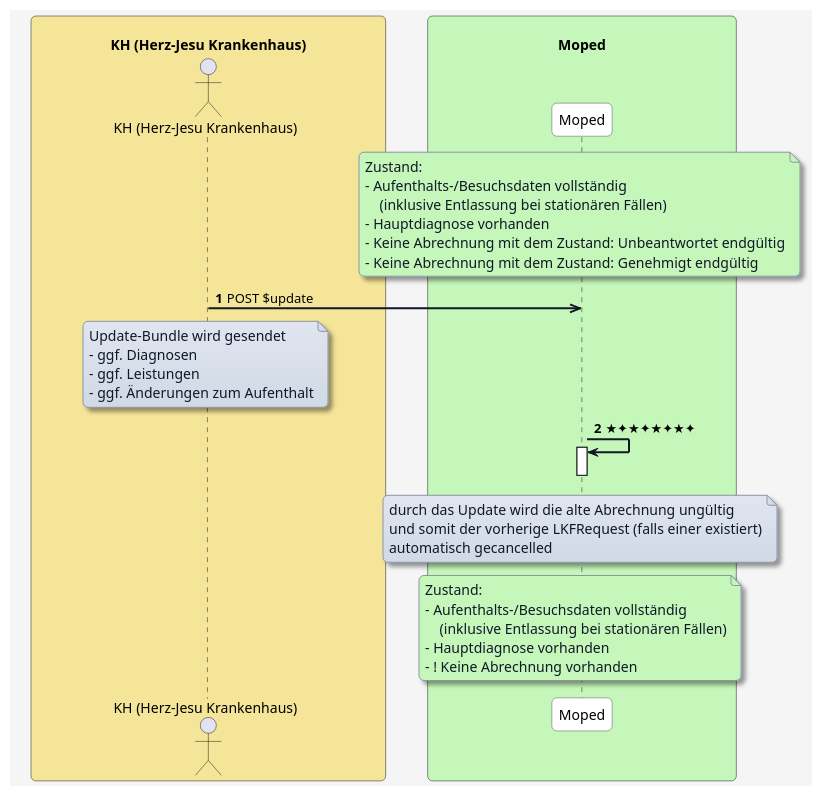
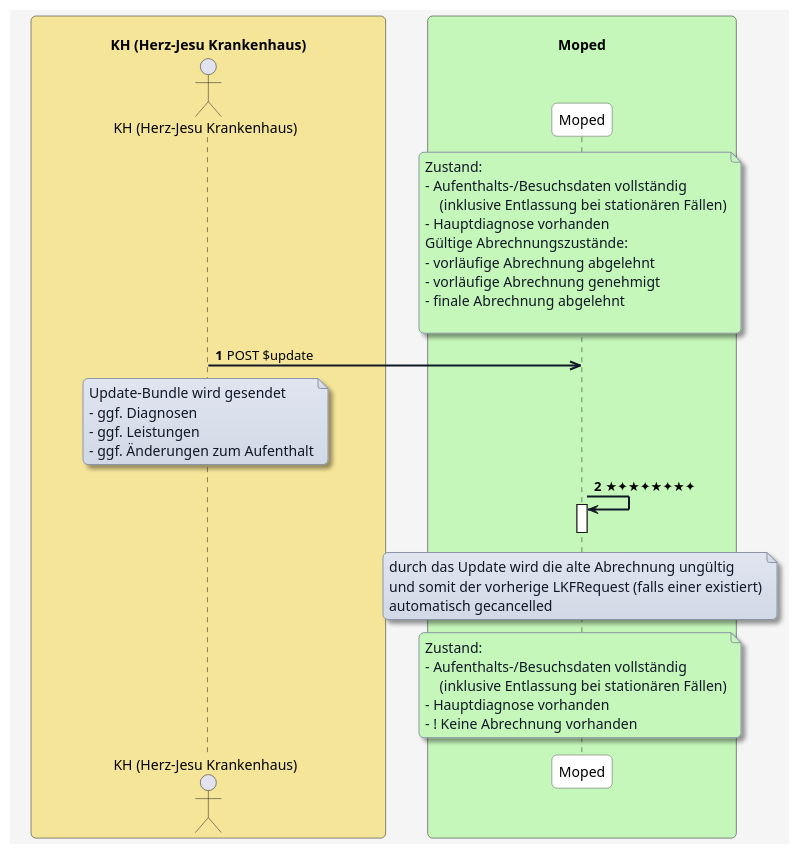
One commit to HL7Austria/ELGA-MOPED-R5 changed the diagram in plantuml/moped-fall-abrechnen/update-aenderung-nach-abrechnung.plantuml. Above: the diagram before and after it, drawn with PlantUML. The commit also changed 14 other files, not shown here.

```diff
--- a/plantuml/moped-fall-abrechnen/update-aenderung-nach-abrechnung.plantuml
+++ b/plantuml/moped-fall-abrechnen/update-aenderung-nach-abrechnung.plantuml
@@ -1,88 +1,91 @@
 @startuml
 skinparam borderColor #000000
 skinparam backgroundColor #f5f5f5
 skinparam shadowing false
 skinparam roundCorner 10
 skinparam defaultFontName "Arial"
 skinparam defaultFontSize 14
 skinparam defaultFontColor #000000
 
 skinparam note {
   BackgroundColor #e0e5f0-#d1d9e6
   BorderColor #8b95a5
   BorderThickness 1
   RoundCorner 8
   Padding 6
   FontColor #111827
   Shadowing true
 }
 
 skinparam HyperlinkColor #0000EE
 skinparam HyperlinkUnderline false
 
 skinparam sequence {
   ParticipantBorderColor #555555
   ParticipantBackgroundColor #ffffff
   ParticipantFontColor #000000
   ParticipantFontSize 14
   ParticipantPadding 20
   ArrowColor #111827
   ArrowThickness 2
   ArrowFontColor #000000
   ArrowFontSize 13
   GroupBorderColor #111827
   GroupBackgroundColor #f3f4f6
   GroupBorderThickness 1
 }
 
 skinparam BoxPadding 20
 skinparam BoxBorderColor #555555
 
 box "\n                     KH (Herz-Jesu Krankenhaus)                     " #f5e599
   actor KH as "KH (Herz-Jesu Krankenhaus)"
 end box
 
 box "\n                                   Moped                                   " #c5f7ba
   participant MP as "Moped"
 end box
 
 
 autonumber
 
 note over MP #c5f7ba
 Zustand:
 - Aufenthalts-/Besuchsdaten vollständig
     (inklusive Entlassung bei stationären Fällen)
 - Hauptdiagnose vorhanden
-- Keine Abrechnung mit dem Zustand: Unbeantwortet endgültig
-- Keine Abrechnung mit dem Zustand: Genehmigt endgültig
+Gültige Abrechnungszustände:
+- vorläufige Abrechnung abgelehnt
+- vorläufige Abrechnung genehmigt
+- finale Abrechnung abgelehnt
+
 end note
 
 KH ->> MP: POST $update
 
 note over KH
 Update-Bundle wird gesendet
 - ggf. Diagnosen
 - ggf. Leistungen
 - ggf. Änderungen zum Aufenthalt
 end note
 
 MP -> MP: ★✦★✦★✦★✦
 activate MP
 deactivate MP
 
 note over MP
 durch das Update wird die alte Abrechnung ungültig
 und somit der vorherige LKFRequest (falls einer existiert)
 automatisch gecancelled
 end note
 
 note over MP #c5f7ba
 Zustand:
 - Aufenthalts-/Besuchsdaten vollständig
     (inklusive Entlassung bei stationären Fällen)
 - Hauptdiagnose vorhanden
 - ! Keine Abrechnung vorhanden
 end note
 
 @enduml
```
